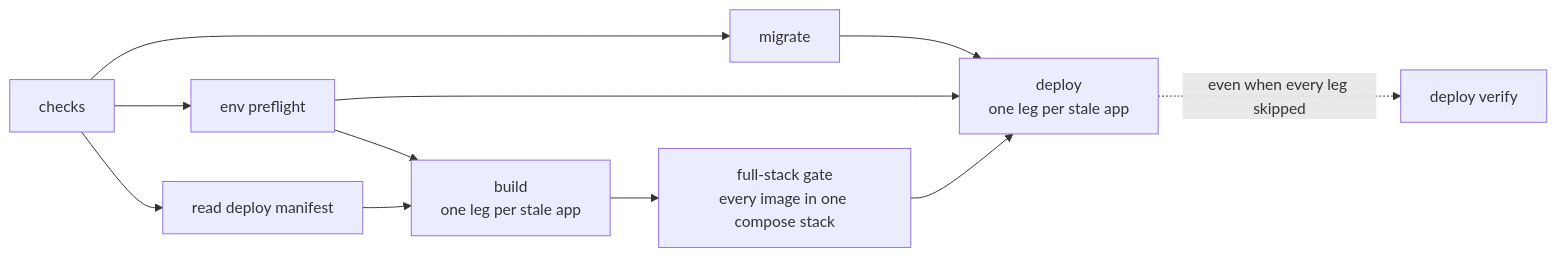
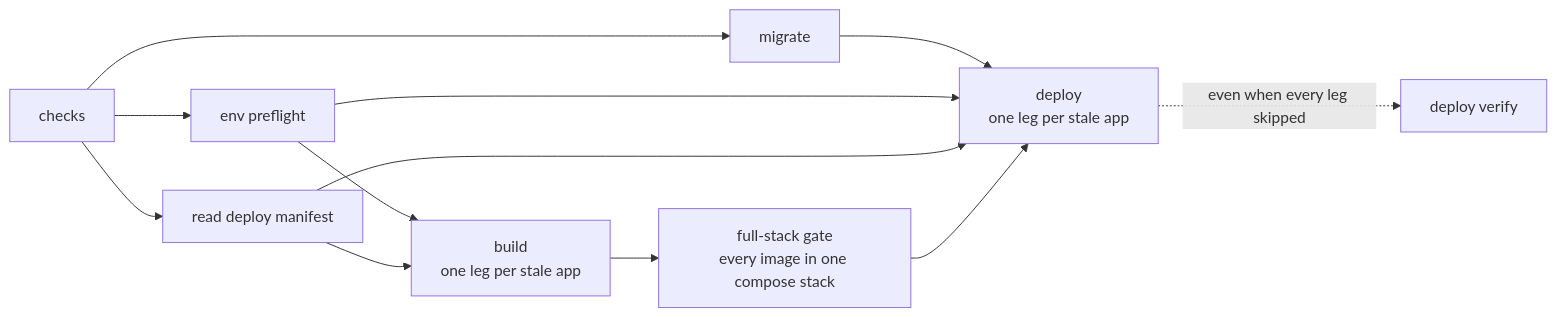
Before and after one commit to zgeoff/vers: the diagram in docs/architecture/platform/deployment.md, drawn with Mermaid. The commit also changed 2 other files, not shown here.

Commit message:
docs: answer the bot findings on the new diagrams

````diff
--- a/docs/architecture/platform/deployment.md
+++ b/docs/architecture/platform/deployment.md
@@ -67,13 +67,14 @@
 ```mermaid
 flowchart LR
   C[checks] --> M[migrate]
   C --> P[env preflight]
   C --> X[read deploy manifest]
   P --> B["build<br>one leg per stale app"]
   X --> B
   B --> G["full-stack gate<br>every image in one compose stack"]
   M --> D
   P --> D
+  X --> D
   G --> D["deploy<br>one leg per stale app"]
   D -.->|"even when every leg skipped"| V[deploy verify]
 ```
````
